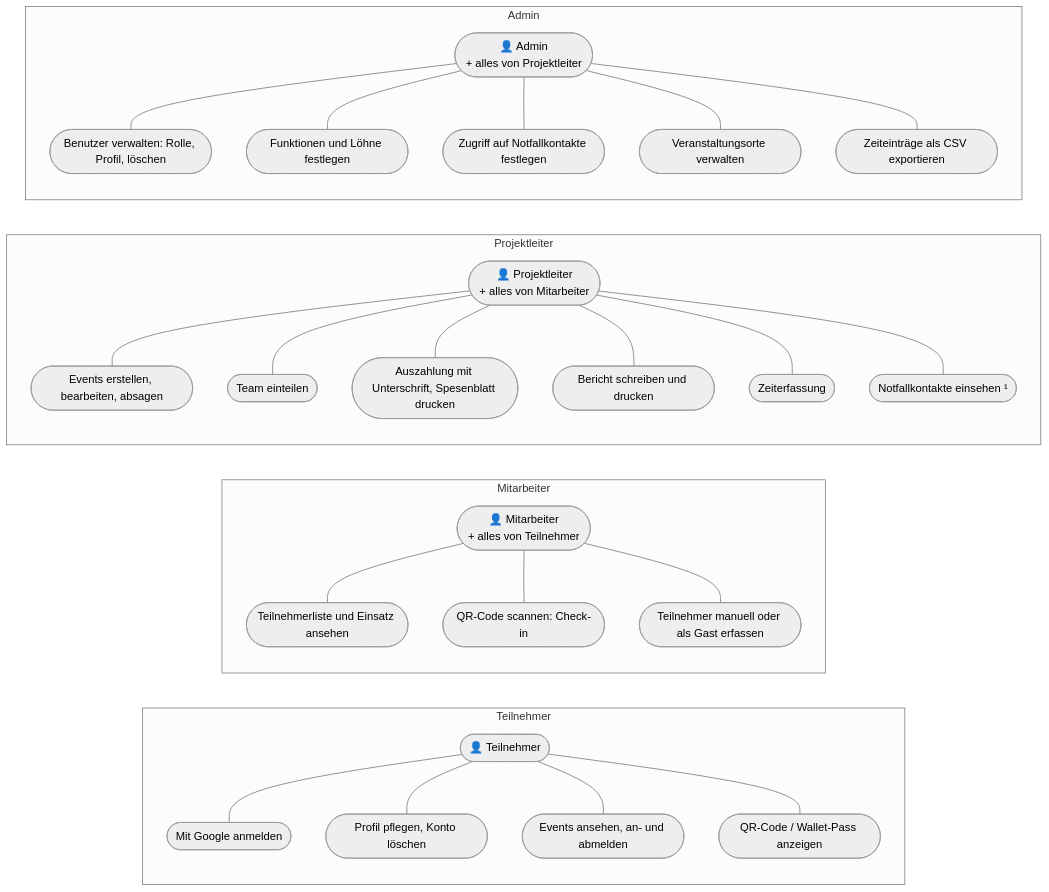
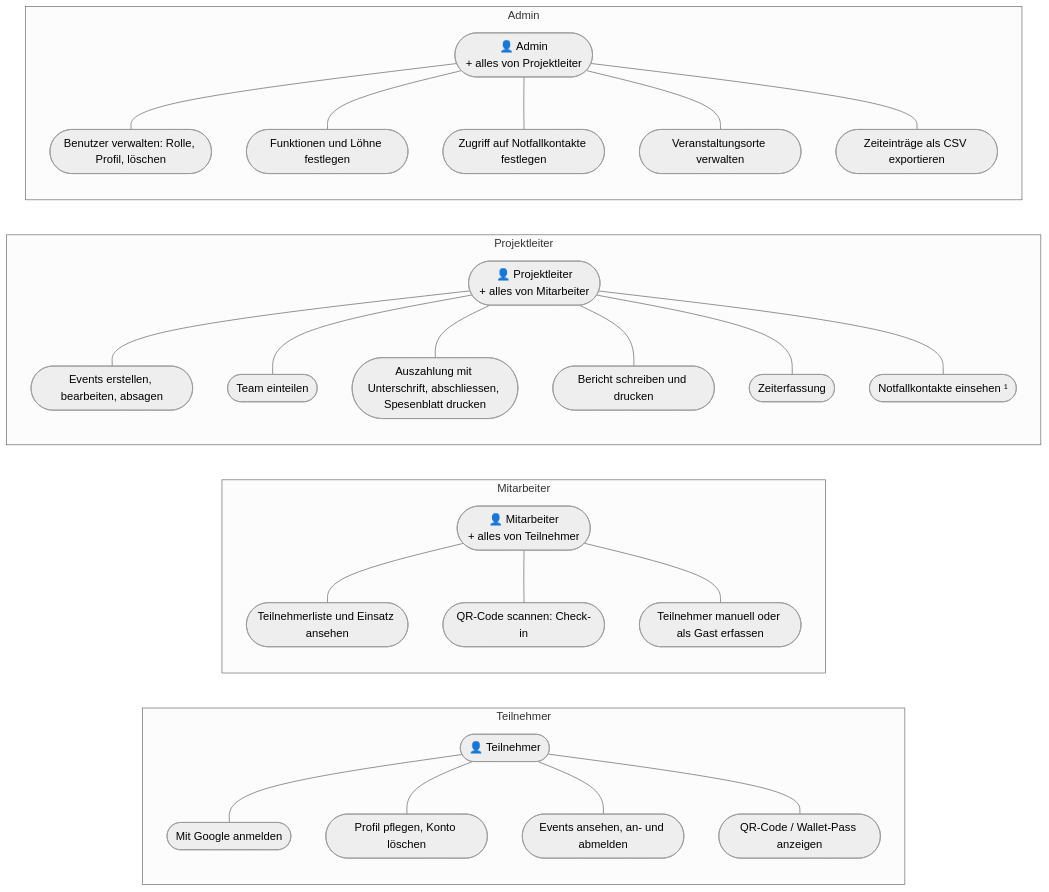
One commit to tribock/midnightsports changed the second of 6 diagrams in docs/architektur.md. Above: the diagram before and after it, drawn with Mermaid (neutral theme). The commit also changed other lines of this file and 8 other files, not shown here.

````diff
--- a/docs/architektur.md
+++ b/docs/architektur.md
@@ -38,40 +38,40 @@
 ```mermaid
 flowchart LR
     subgraph RT["Teilnehmer"]
         T(["👤 Teilnehmer"])
         T1([Mit Google anmelden])
         T2([Profil pflegen, Konto löschen])
         T3([Events ansehen, an- und abmelden])
         T4([QR-Code / Wallet-Pass anzeigen])
         T --- T1 & T2 & T3 & T4
     end
 
     subgraph RM["Mitarbeiter"]
         MA(["👤 Mitarbeiter<br/>+ alles von Teilnehmer"])
         M1([Teilnehmerliste und Einsatz ansehen])
         M2([QR-Code scannen: Check-in])
         M3([Teilnehmer manuell oder als Gast erfassen])
         MA --- M1 & M2 & M3
     end
 
     subgraph RP["Projektleiter"]
         PL(["👤 Projektleiter<br/>+ alles von Mitarbeiter"])
         P0([Events erstellen, bearbeiten, absagen])
         P1([Team einteilen])
-        P2([Auszahlung mit Unterschrift, Spesenblatt drucken])
+        P2([Auszahlung mit Unterschrift, abschliessen, Spesenblatt drucken])
         P3([Bericht schreiben und drucken])
         P4([Zeiterfassung])
         P5([Notfallkontakte einsehen ¹])
         PL --- P0 & P1 & P2 & P3 & P4 & P5
     end
 
     subgraph RA["Admin"]
         A(["👤 Admin<br/>+ alles von Projektleiter"])
         A1([Benutzer verwalten: Rolle, Profil, löschen])
         A2([Funktionen und Löhne festlegen])
         A3([Zugriff auf Notfallkontakte festlegen])
         A4([Veranstaltungsorte verwalten])
         A5([Zeiteinträge als CSV exportieren])
         A --- A1 & A2 & A3 & A4 & A5
     end
 ```
````
